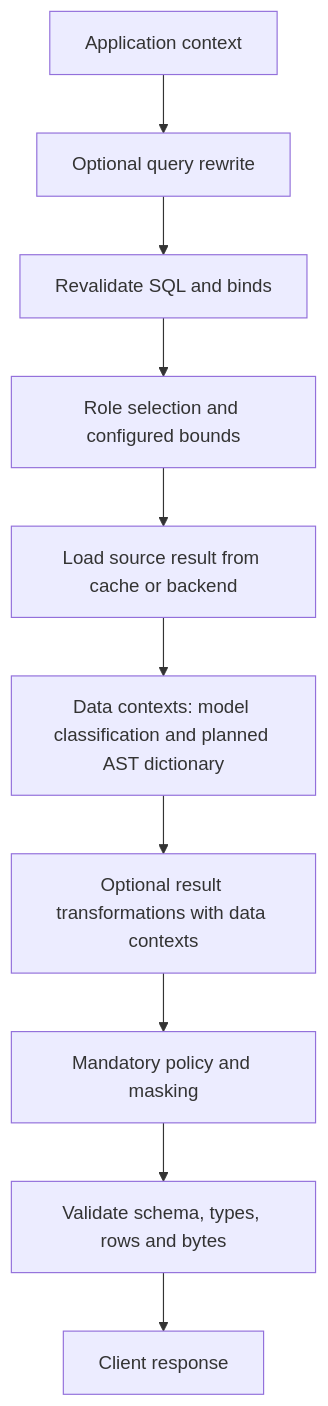
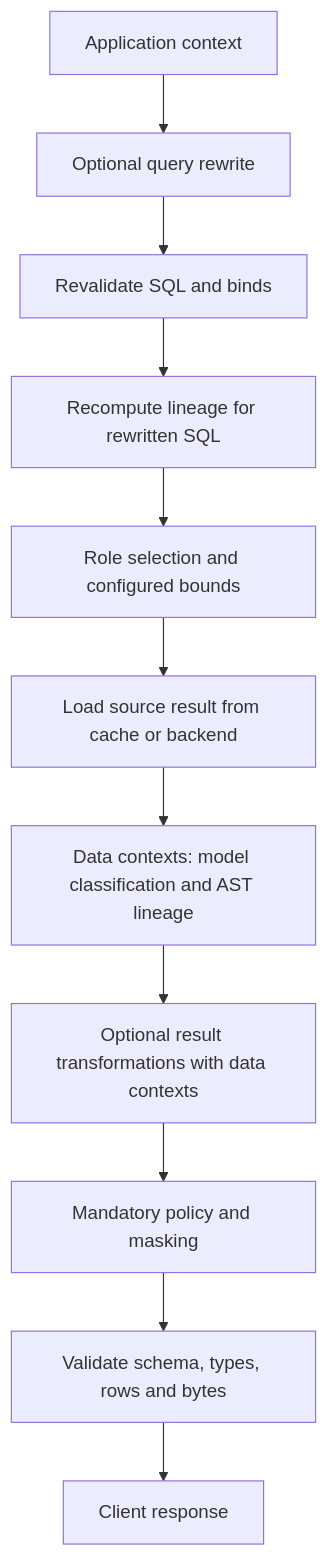
One commit to AbhiSinha08/yasp-analytics-proxy changed the diagram in docs/extensions.md. Above: the diagram before and after it, drawn with Mermaid. The commit also changed other lines of this file and 50 other files, not shown here.

Commit message:
AST Lineage Data Context

````diff
--- a/docs/extensions.md
+++ b/docs/extensions.md
@@ -184,12 +195,13 @@
 ```mermaid
 flowchart TD
     Context[Application context] --> Rewrite[Optional query rewrite]
     Rewrite --> Validate[Revalidate SQL and binds]
-    Validate --> Route[Role selection and configured bounds]
+    Validate --> Lineage[Recompute lineage for rewritten SQL]
+    Lineage --> Route[Role selection and configured bounds]
     Route --> Source[Load source result from cache or backend]
-    Source --> DataContexts[Data contexts: model classification and planned AST dictionary]
+    Source --> DataContexts[Data contexts: model classification and AST lineage]
     DataContexts --> Transform[Optional result transformations with data contexts]
     Transform --> Mask[Mandatory policy and masking]
     Mask --> Check[Validate schema, types, rows and bytes]
     Check --> Client[Client response]
 ```
````
